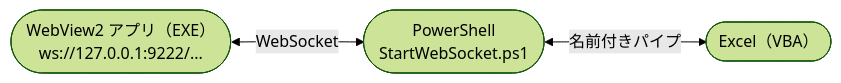
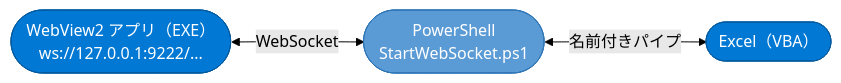
The third of 5 diagrams in Extensions/MainUnit/CDP/WebSocketViaNamedPipe/README.md (Eschamali/StarterWebScrapingKit), drawn with Mermaid (forest theme) before and after one commit. The commit also changed other lines of this file, not shown here.

````diff
--- a/Extensions/MainUnit/CDP/WebSocketViaNamedPipe/README.md
+++ b/Extensions/MainUnit/CDP/WebSocketViaNamedPipe/README.md
@@ -71,8 +79,11 @@
 ```mermaid
 flowchart LR
-    A(["WebView2 アプリ（EXE）\nws://127.0.0.1:9222/..."])
-    B(["PowerShell\nStartWebSocket.ps1"])
-    C(["Excel（VBA）"])
+    classDef windows   fill:#0078D4,color:#fff,stroke:#005a9e
+    classDef ps        fill:#5B9BD5,color:#fff,stroke:#2E75B6
+
+    A(["WebView2 アプリ（EXE）\nws://127.0.0.1:9222/..."]):::windows
+    B(["PowerShell\nStartWebSocket.ps1"]):::ps
+    C(["Excel（VBA）"]):::windows
     A <-->|"WebSocket"| B
     B <-->|"名前付きパイプ"| C
 ```
````
